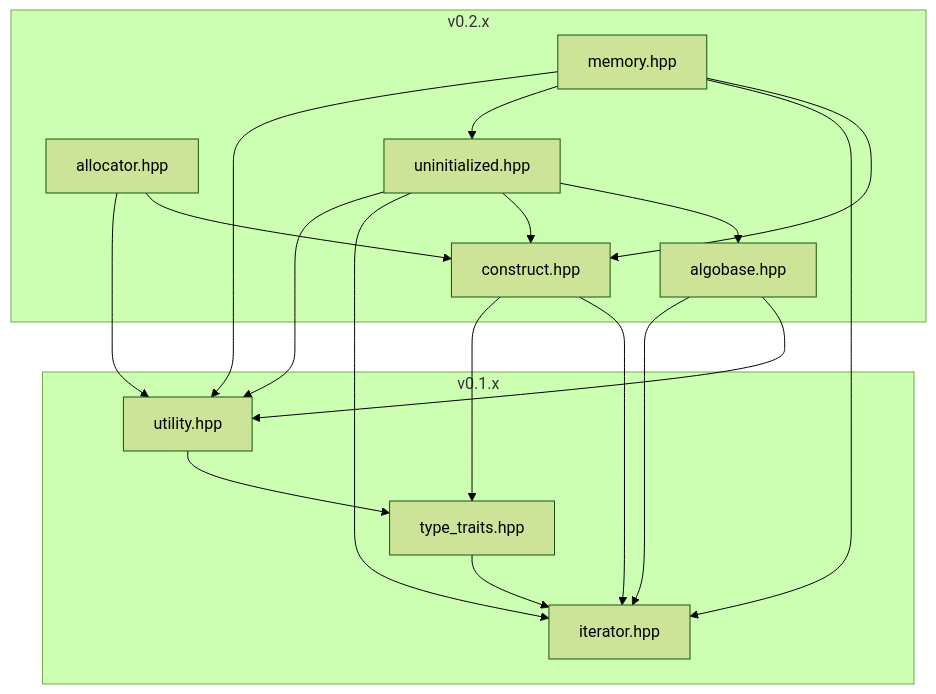
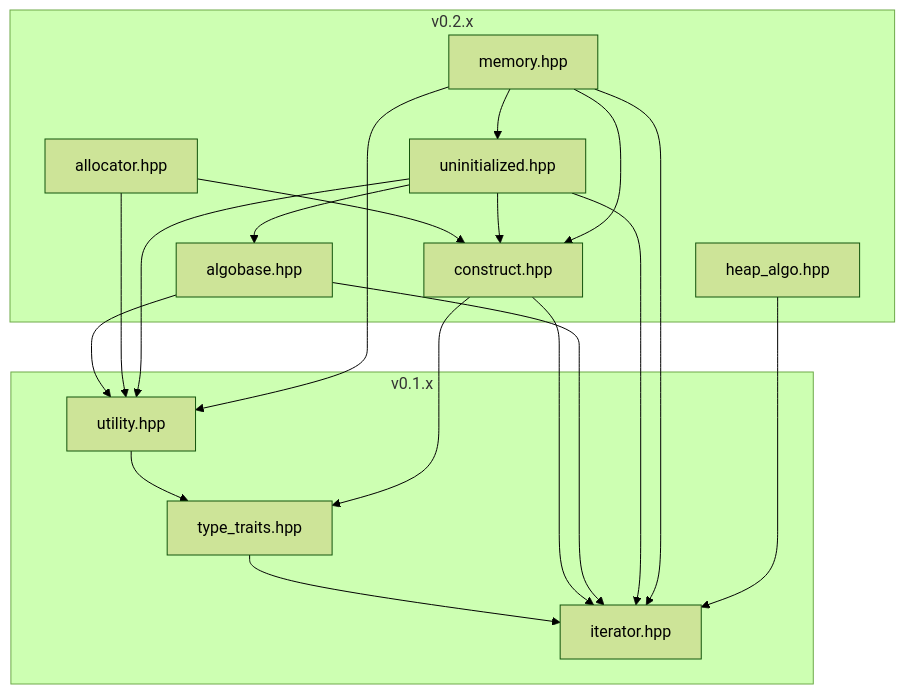
The first of 11 diagrams in README.md (LiuYuan-SHU/tiny_stl), drawn with Mermaid (forest theme) before and after one commit. The commit also changed other lines of this file and 1 other file, not shown here.

Commit message:
heap_algo.hpp: doc finished

````diff
--- a/README.md
+++ b/README.md
@@ -9,25 +9,27 @@
 ```mermaid
 flowchart TD
 
 subgraph v0.1.x
   iterator[iterator.hpp]
   type_traits[type_traits.hpp]
   utility[utility.hpp]
 end
 
 subgraph v0.2.x
   construct[construct.hpp]
   algobase[algobase.hpp]
   allocator[allocator.hpp]
   uninitialized[uninitialized.hpp]
   memory[memory.hpp]
+  heap_algo[heap_algo.hpp]
 end
 
 type_traits --> iterator
 utility --> type_traits
 construct --> iterator & type_traits
 algobase --> utility & iterator
 allocator --> construct & utility
 uninitialized --> algobase & construct & iterator & utility
 memory --> construct & iterator & uninitialized & utility
+heap_algo --> iterator
 ```
````
